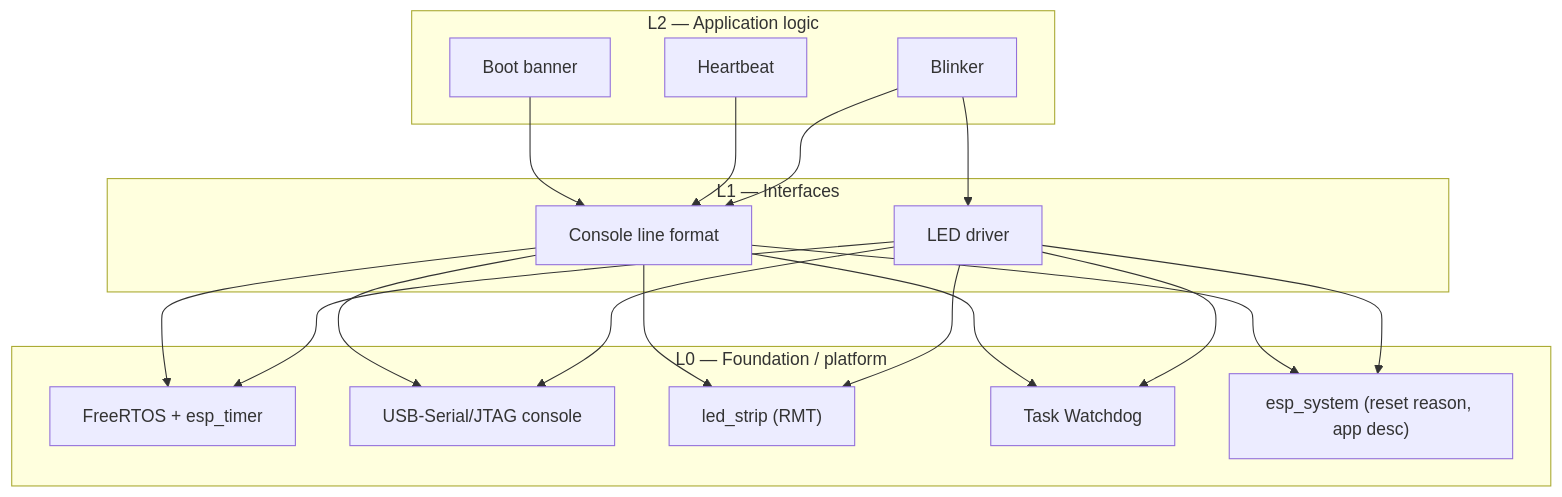
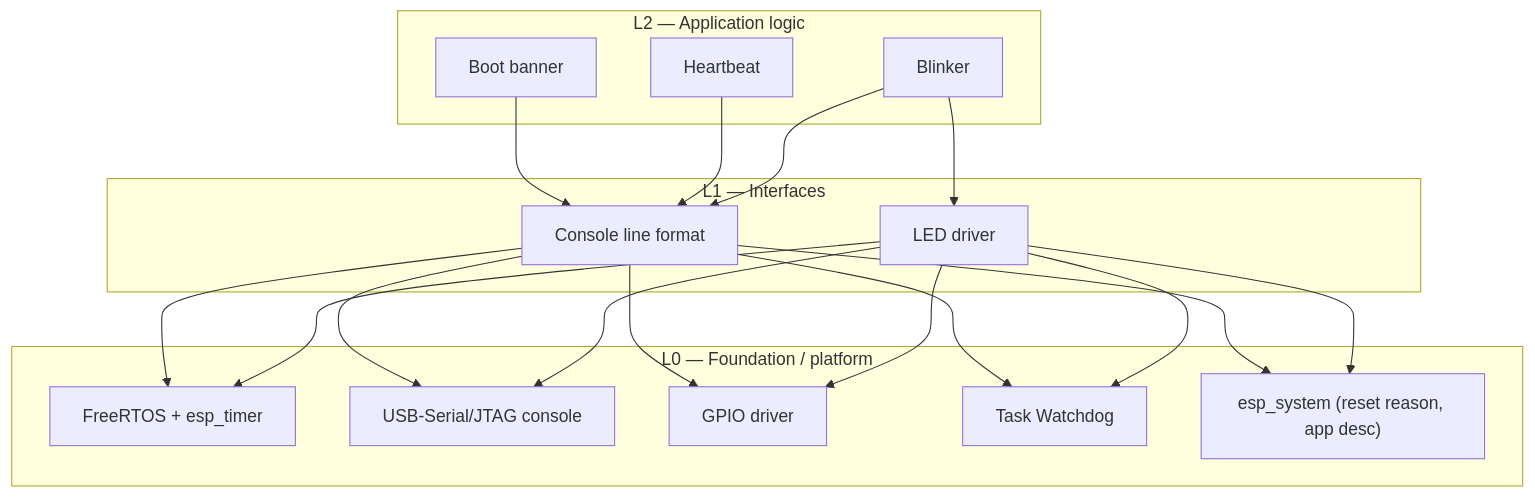
One commit to 1984ozone1984/helloworld-esp-projekt changed the second of 2 diagrams in docs/Functionality/FSD.md. Above: the diagram before and after it, drawn with Mermaid. The commit also changed other lines of this file and 3 other files, not shown here.

First line of the commit message:
Retarget the FSD to the XIAO ESP32S3 Sense, user LED on GPIO21

````diff
--- a/docs/Functionality/FSD.md
+++ b/docs/Functionality/FSD.md
@@ -127,25 +130,25 @@
 ```mermaid
 flowchart TB
   subgraph L2["L2 — Application logic"]
     BB["Boot banner"]
     HB["Heartbeat"]
     BL["Blinker"]
   end
   subgraph L1["L1 — Interfaces"]
     CL["Console line format"]
     LD["LED driver"]
   end
   subgraph L0["L0 — Foundation / platform"]
     RT["FreeRTOS + esp_timer"]
     UJ["USB-Serial/JTAG console"]
-    LS["led_strip (RMT)"]
+    LS["GPIO driver"]
     WD["Task Watchdog"]
     SY["esp_system (reset reason, app desc)"]
   end
 
   BB --> CL
   HB --> CL
   BL --> CL & LD
   CL --> RT & UJ & LS & WD & SY
   LD --> RT & UJ & LS & WD & SY
 ```
````
